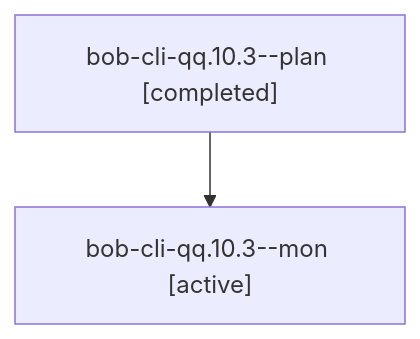
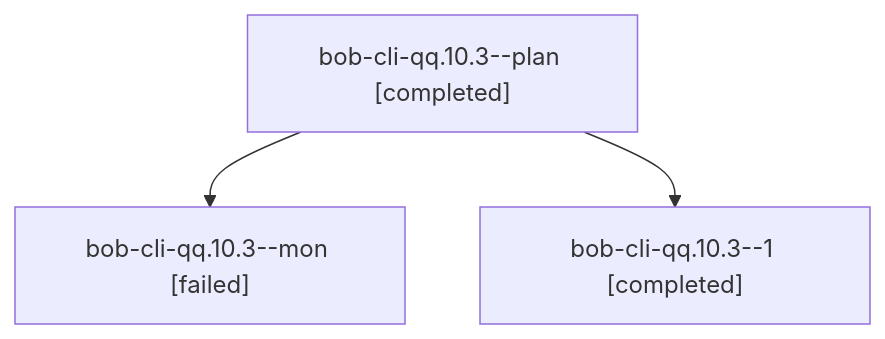
Before and after one commit to bobs-org/bob-cli--agents: the diagram in sessions/bbugyi200.apollo.bob-cli-qq.10.3.md, drawn with Mermaid. The commit also changed other lines of this file and 99 other files, not shown here.

````diff
--- a/sessions/bbugyi200.apollo.bob-cli-qq.10.3.md
+++ b/sessions/bbugyi200.apollo.bob-cli-qq.10.3.md
@@ -9,6 +9,8 @@
 ```mermaid
 flowchart TD
   n0["bob-cli-qq.10.3--plan [completed]"]
-  n1["bob-cli-qq.10.3--mon [active]"]
+  n1["bob-cli-qq.10.3--mon [failed]"]
   n0 --> n1
+  n2["bob-cli-qq.10.3--1 [completed]"]
+  n0 --> n2
 ```
````
